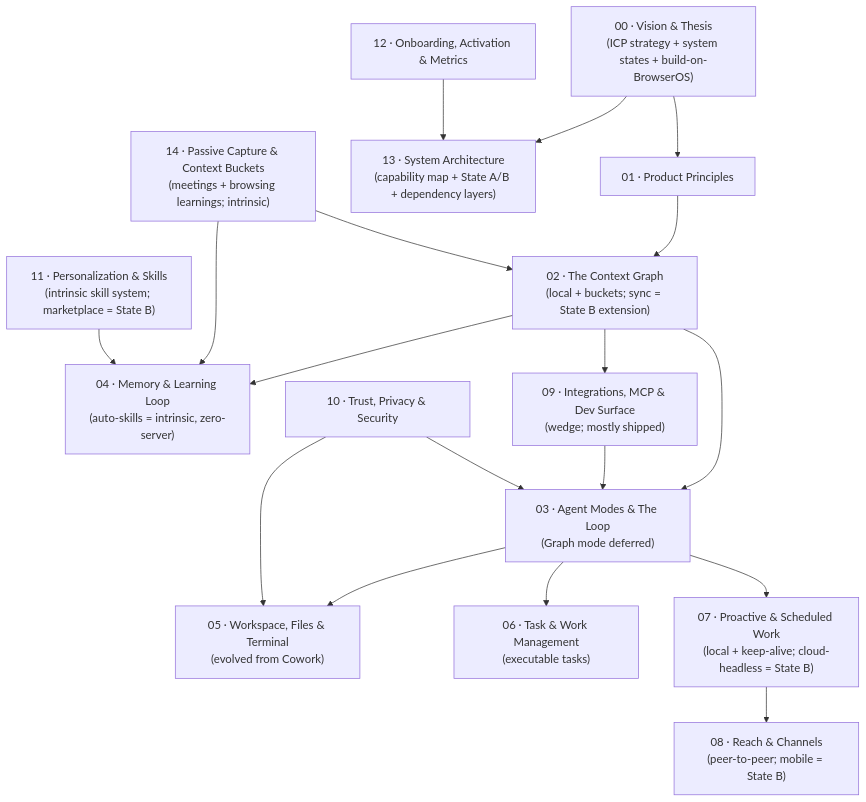
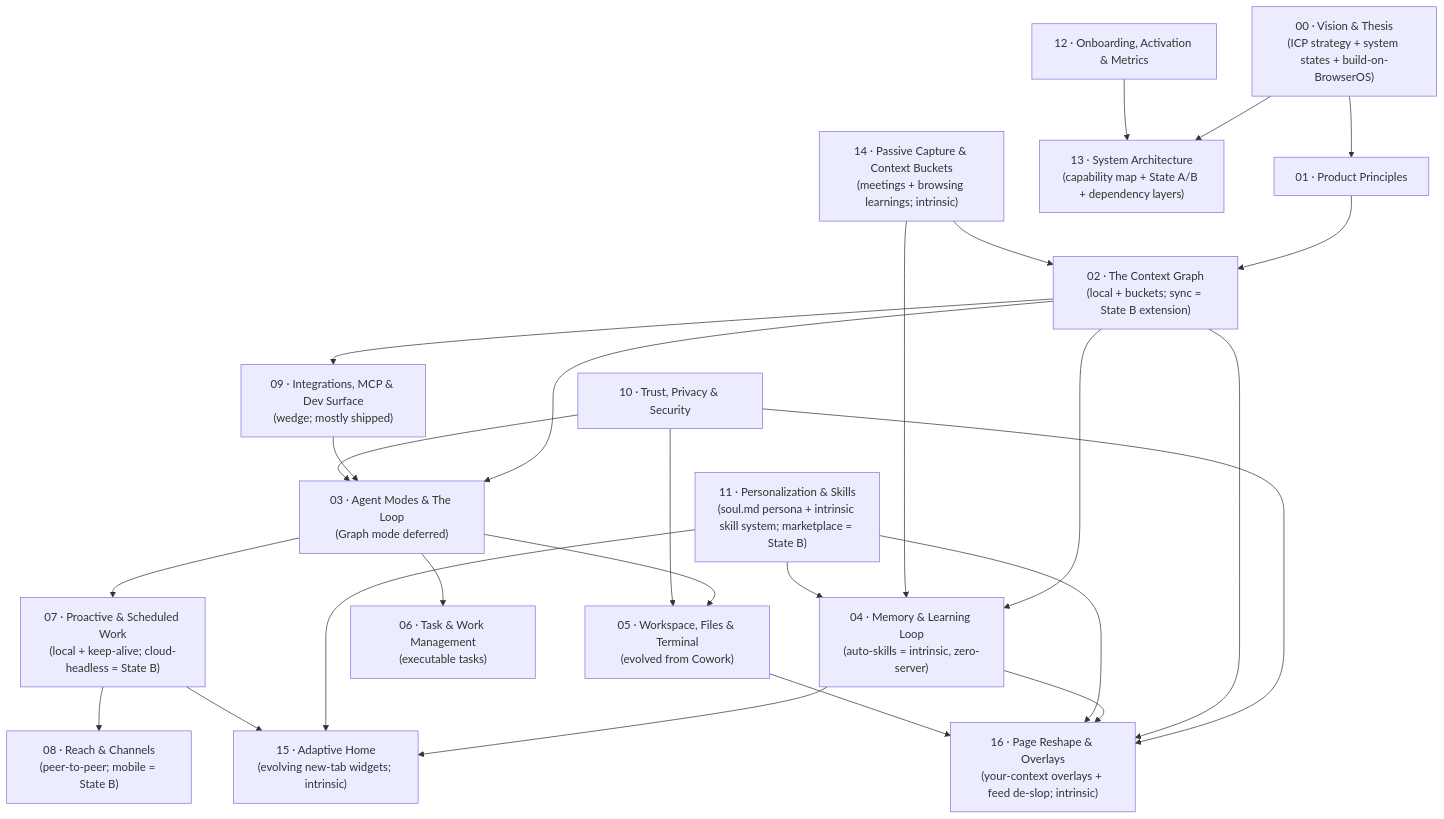
Before and after one commit to abhishek-verma/Pane: the third of 3 diagrams in specs/README.md, drawn with Mermaid. The commit also changed other lines of this file and 11 other files, not shown here.

````diff
--- a/specs/README.md
+++ b/specs/README.md
@@ -81,37 +83,47 @@
 ```mermaid
 flowchart TB
     thesis["00 · Vision & Thesis<br/>(ICP strategy + system states + build-on-BrowserOS)"]
     principles["01 · Product Principles"]
     sys["13 · System Architecture<br/>(capability map + State A/B + dependency layers)"]
 
     context["02 · The Context Graph<br/>(local + buckets; sync = State B extension)"]
     loop["03 · Agent Modes & The Loop<br/>(Graph mode deferred)"]
     memory["04 · Memory & Learning Loop<br/>(auto-skills = intrinsic, zero-server)"]
     capture["14 · Passive Capture & Context Buckets<br/>(meetings + browsing learnings; intrinsic)"]
     work["05 · Workspace, Files & Terminal<br/>(evolved from Cowork)"]
     tasks["06 · Task & Work Management<br/>(executable tasks)"]
     proactive["07 · Proactive & Scheduled Work<br/>(local + keep-alive; cloud-headless = State B)"]
     reach["08 · Reach & Channels<br/>(peer-to-peer; mobile = State B)"]
     integrations["09 · Integrations, MCP & Dev Surface<br/>(wedge; mostly shipped)"]
     trust["10 · Trust, Privacy & Security"]
-    skills["11 · Personalization & Skills<br/>(intrinsic skill system; marketplace = State B)"]
+    skills["11 · Personalization & Skills<br/>(soul.md persona + intrinsic skill system; marketplace = State B)"]
     activation["12 · Onboarding, Activation & Metrics"]
+    home["15 · Adaptive Home<br/>(evolving new-tab widgets; intrinsic)"]
+    reshape["16 · Page Reshape & Overlays<br/>(your-context overlays + feed de-slop; intrinsic)"]
 
     thesis --> principles
     thesis --> sys
     principles --> context
     context --> loop
     context --> memory
     capture --> context
     capture --> memory
     integrations --> loop
     loop --> work
     loop --> tasks
     loop --> proactive
     proactive --> reach
     context --> integrations
     trust --> loop
     trust --> work
+    trust --> reshape
     skills --> memory
+    memory --> home
+    skills --> home
+    proactive --> home
+    context --> reshape
+    memory --> reshape
+    skills --> reshape
+    work --> reshape
     activation --> sys
 ```
````
